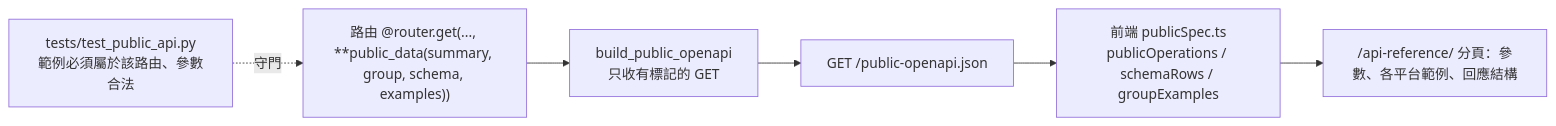
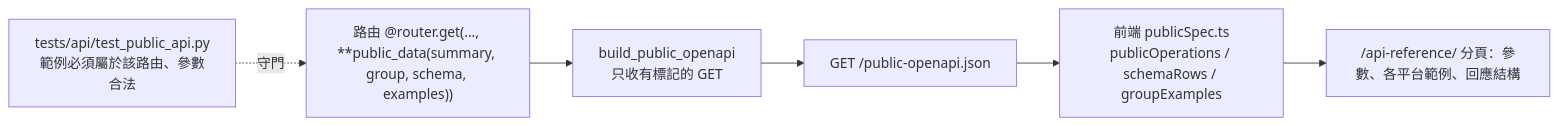
Before and after one commit to Vinskao/maya-sawa: the diagram in docs/PUBLIC_API.md, drawn with Mermaid. The commit also changed other lines of this file and 218 other files, not shown here.

````diff
--- a/docs/PUBLIC_API.md
+++ b/docs/PUBLIC_API.md
@@ -63,8 +63,8 @@
 ```mermaid
 flowchart LR
     D["路由 @router.get(..., **public_data(summary, group, schema, examples))"] --> B["build_public_openapi<br/>只收有標記的 GET"]
     B --> J["GET /public-openapi.json"]
     J --> F["前端 publicSpec.ts<br/>publicOperations / schemaRows / groupExamples"]
     F --> P["/api-reference/ 分頁：參數、各平台範例、回應結構"]
-    T["tests/test_public_api.py<br/>範例必須屬於該路由、參數合法"] -.守門.-> D
+    T["tests/api/test_public_api.py<br/>範例必須屬於該路由、參數合法"] -.守門.-> D
 ```
````
